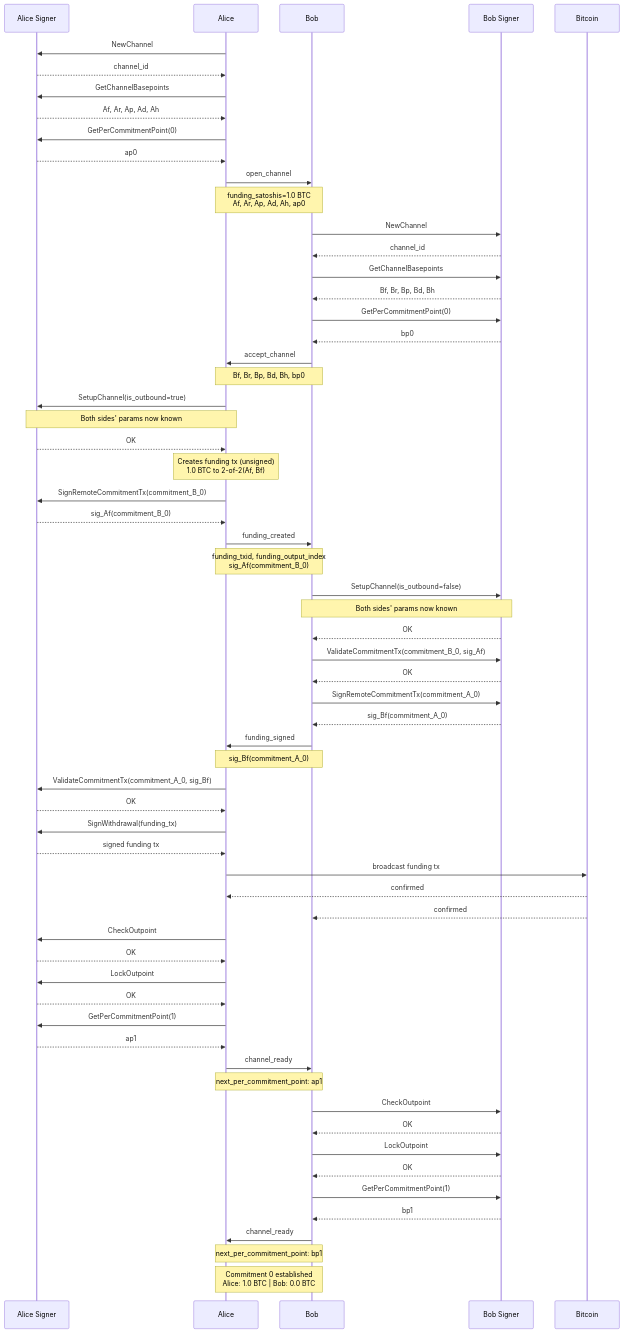
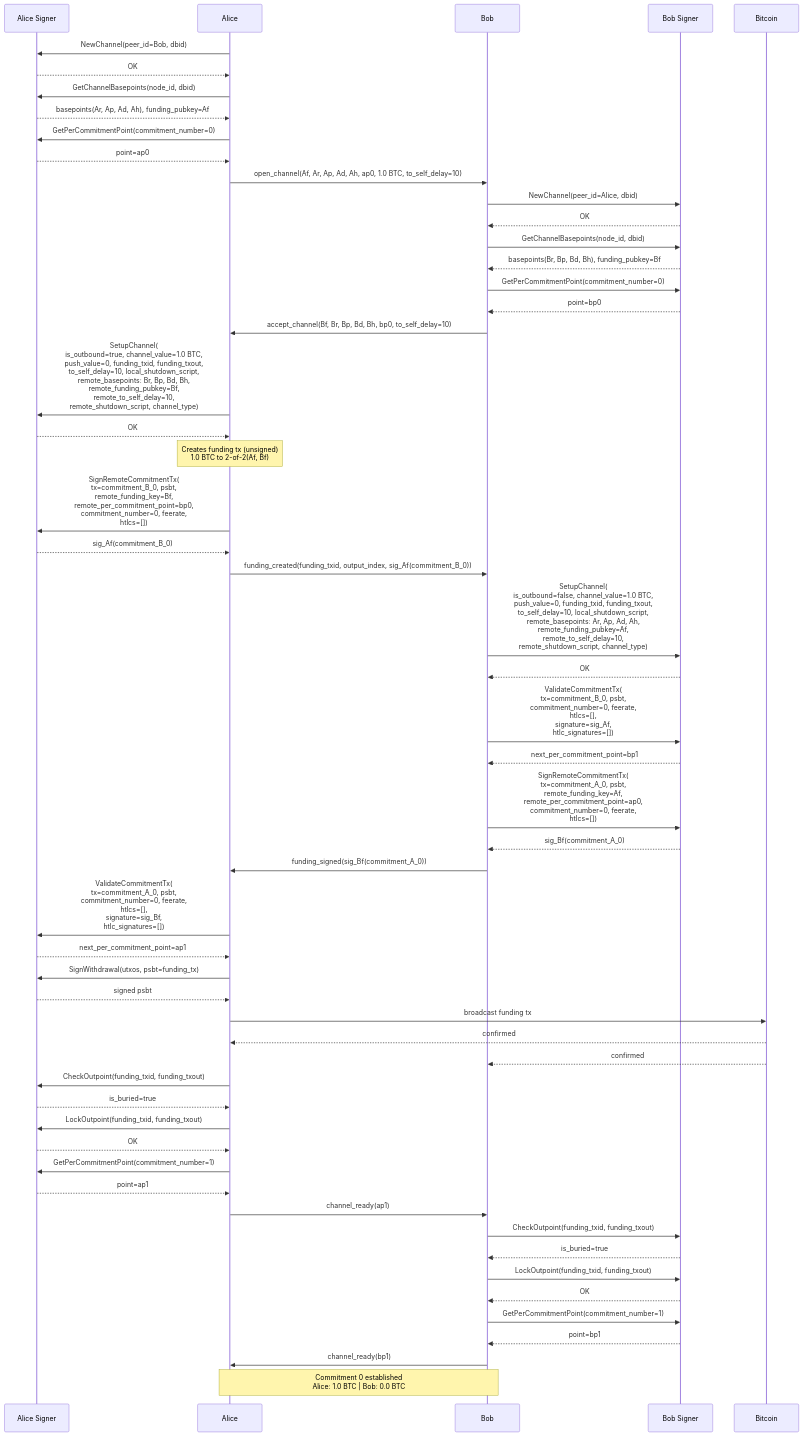
One commit to dukeh3/vls-arch changed the first of 4 diagrams in current/01-alice-pays-bob.md. Above: the diagram before and after it, drawn with Mermaid. The commit also changed other lines of this file and 4 other files, not shown here.

First line of the commit message:
Add challenges doc, inline params in all diagrams, expand redundancy analysis

````diff
--- a/current/01-alice-pays-bob.md
+++ b/current/01-alice-pays-bob.md
@@ -18,89 +56,81 @@
     participant SignerB as Bob Signer
     participant Bitcoin
 
-    Alice->>SignerA: NewChannel
-    SignerA-->>Alice: channel_id
+    Alice->>SignerA: NewChannel(peer_id=Bob, dbid)
+    SignerA-->>Alice: OK
 
-    Alice->>SignerA: GetChannelBasepoints
-    SignerA-->>Alice: Af, Ar, Ap, Ad, Ah
+    Alice->>SignerA: GetChannelBasepoints(node_id, dbid)
+    SignerA-->>Alice: basepoints(Ar, Ap, Ad, Ah), funding_pubkey=Af
 
-    Alice->>SignerA: GetPerCommitmentPoint(0)
-    SignerA-->>Alice: ap0
+    Alice->>SignerA: GetPerCommitmentPoint(commitment_number=0)
+    SignerA-->>Alice: point=ap0
 
-    Alice->>Bob: open_channel
-    Note over Alice, Bob: funding_satoshis=1.0 BTC<br/>Af, Ar, Ap, Ad, Ah, ap0
+    Alice->>Bob: open_channel(Af, Ar, Ap, Ad, Ah, ap0, 1.0 BTC, to_self_delay=10)
 
-    Bob->>SignerB: NewChannel
-    SignerB-->>Bob: channel_id
+    Bob->>SignerB: NewChannel(peer_id=Alice, dbid)
+    SignerB-->>Bob: OK
 
-    Bob->>SignerB: GetChannelBasepoints
-    SignerB-->>Bob: Bf, Br, Bp, Bd, Bh
+    Bob->>SignerB: GetChannelBasepoints(node_id, dbid)
+    SignerB-->>Bob: basepoints(Br, Bp, Bd, Bh), funding_pubkey=Bf
 
-    Bob->>SignerB: GetPerCommitmentPoint(0)
-    SignerB-->>Bob: bp0
+    Bob->>SignerB: GetPerCommitmentPoint(commitment_number=0)
+    SignerB-->>Bob: point=bp0
 
-    Bob->>Alice: accept_channel
-    Note over Alice, Bob: Bf, Br, Bp, Bd, Bh, bp0
+    Bob->>Alice: accept_channel(Bf, Br, Bp, Bd, Bh, bp0, to_self_delay=10)
 
-    Alice->>SignerA: SetupChannel(is_outbound=true)
-    Note over Alice, SignerA: Both sides' params now known
+    Alice->>SignerA: SetupChannel(<br/>is_outbound=true, channel_value=1.0 BTC,<br/>push_value=0, funding_txid, funding_txout,<br/>to_self_delay=10, local_shutdown_script,<br/>remote_basepoints: Br, Bp, Bd, Bh,<br/>remote_funding_pubkey=Bf,<br/>remote_to_self_delay=10,<br/>remote_shutdown_script, channel_type)
     SignerA-->>Alice: OK
 
     Note over Alice: Creates funding tx (unsigned)<br/>1.0 BTC to 2-of-2(Af, Bf)
 
-    Alice->>SignerA: SignRemoteCommitmentTx(commitment_B_0)
+    Alice->>SignerA: SignRemoteCommitmentTx(<br/>tx=commitment_B_0, psbt,<br/>remote_funding_key=Bf,<br/>remote_per_commitment_point=bp0,<br/>commitment_number=0, feerate,<br/>htlcs=[])
     SignerA-->>Alice: sig_Af(commitment_B_0)
 
-    Alice->>Bob: funding_created
-    Note over Alice, Bob: funding_txid, funding_output_index<br/>sig_Af(commitment_B_0)
+    Alice->>Bob: funding_created(funding_txid, output_index, sig_Af(commitment_B_0))
 
-    Bob->>SignerB: SetupChannel(is_outbound=false)
-    Note over Bob, SignerB: Both sides' params now known
+    Bob->>SignerB: SetupChannel(<br/>is_outbound=false, channel_value=1.0 BTC,<br/>push_value=0, funding_txid, funding_txout,<br/>to_self_delay=10, local_shutdown_script,<br/>remote_basepoints: Ar, Ap, Ad, Ah,<br/>remote_funding_pubkey=Af,<br/>remote_to_self_delay=10,<br/>remote_shutdown_script, channel_type)
     SignerB-->>Bob: OK
 
-    Bob->>SignerB: ValidateCommitmentTx(commitment_B_0, sig_Af)
-    SignerB-->>Bob: OK
+    Bob->>SignerB: ValidateCommitmentTx(<br/>tx=commitment_B_0, psbt,<br/>commitment_number=0, feerate,<br/>htlcs=[],<br/>signature=sig_Af,<br/>htlc_signatures=[])
+    SignerB-->>Bob: next_per_commitment_point=bp1
 
-    Bob->>SignerB: SignRemoteCommitmentTx(commitment_A_0)
+    Bob->>SignerB: SignRemoteCommitmentTx(<br/>tx=commitment_A_0, psbt,<br/>remote_funding_key=Af,<br/>remote_per_commitment_point=ap0,<br/>commitment_number=0, feerate,<br/>htlcs=[])
     SignerB-->>Bob: sig_Bf(commitment_A_0)
 
-    Bob->>Alice: funding_signed
-    Note over Alice, Bob: sig_Bf(commitment_A_0)
+    Bob->>Alice: funding_signed(sig_Bf(commitment_A_0))
 
-    Alice->>SignerA: ValidateCommitmentTx(commitment_A_0, sig_Bf)
-    SignerA-->>Alice: OK
+    Alice->>SignerA: ValidateCommitmentTx(<br/>tx=commitment_A_0, psbt,<br/>commitment_number=0, feerate,<br/>htlcs=[],<br/>signature=sig_Bf,<br/>htlc_signatures=[])
+    SignerA-->>Alice: next_per_commitment_point=ap1
 
-    Alice->>SignerA: SignWithdrawal(funding_tx)
-    SignerA-->>Alice: signed funding tx
+    Alice->>SignerA: SignWithdrawal(utxos, psbt=funding_tx)
+    SignerA-->>Alice: signed psbt
 
     Alice->>Bitcoin: broadcast funding tx
 
     Bitcoin-->>Alice: confirmed
     Bitcoin-->>Bob: confirmed
 
-    Alice->>SignerA: CheckOutpoint
+    Alice->>SignerA: CheckOutpoint(funding_txid, funding_txout)
+    SignerA-->>Alice: is_buried=true
+
+    Alice->>SignerA: LockOutpoint(funding_txid, funding_txout)
     SignerA-->>Alice: OK
 
-    Alice->>SignerA: LockOutpoint
-    SignerA-->>Alice: OK
+    Alice->>SignerA: GetPerCommitmentPoint(commitment_number=1)
+    SignerA-->>Alice: point=ap1
 
-    Alice->>SignerA: GetPerCommitmentPoint(1)
-    SignerA-->>Alice: ap1
+    Alice->>Bob: channel_ready(ap1)
 
-    Alice->>Bob: channel_ready
-    Note over Alice, Bob: next_per_commitment_point: ap1
+    Bob->>SignerB: CheckOutpoint(funding_txid, funding_txout)
+    SignerB-->>Bob: is_buried=true
 
-    Bob->>SignerB: CheckOutpoint
+    Bob->>SignerB: LockOutpoint(funding_txid, funding_txout)
     SignerB-->>Bob: OK
 
-    Bob->>SignerB: LockOutpoint
-    SignerB-->>Bob: OK
+    Bob->>SignerB: GetPerCommitmentPoint(commitment_number=1)
+    SignerB-->>Bob: point=bp1
 
-    Bob->>SignerB: GetPerCommitmentPoint(1)
-    SignerB-->>Bob: bp1
-
-    Bob->>Alice: channel_ready
-    Note over Alice, Bob: next_per_commitment_point: bp1
+    Bob->>Alice: channel_ready(bp1)
 
     Note over Alice, Bob: Commitment 0 established<br/>Alice: 1.0 BTC | Bob: 0.0 BTC
 ```
````
